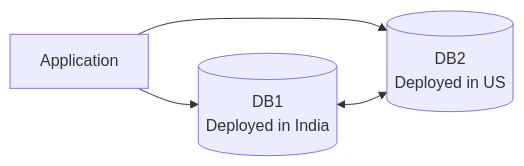
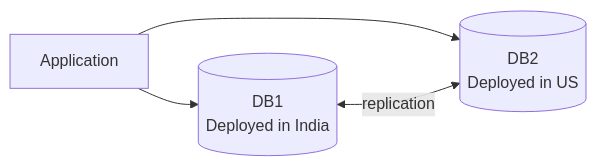
One commit to danishnetp/learning-system-design-concepts changed the diagram in src/main/java/com/system/design/high_level_design/code_concept/cap_theorem/cap_theorem_notes.md. Above: the diagram before and after it, drawn with Mermaid.

Commit message:
Add notes for CAP theorem.

````diff
--- a/src/main/java/com/system/design/high_level_design/code_concept/cap_theorem/cap_theorem_notes.md
+++ b/src/main/java/com/system/design/high_level_design/code_concept/cap_theorem/cap_theorem_notes.md
@@ -13,10 +13,10 @@
 ```mermaid
 flowchart LR
     App[Application]
     DB1[(DB1\nDeployed in India)]
     DB2[(DB2\nDeployed in US)]
 
     App --> DB1
     App --> DB2
-    DB1 <--> DB2
+    DB1 <--> |replication| DB2
 ```
````
